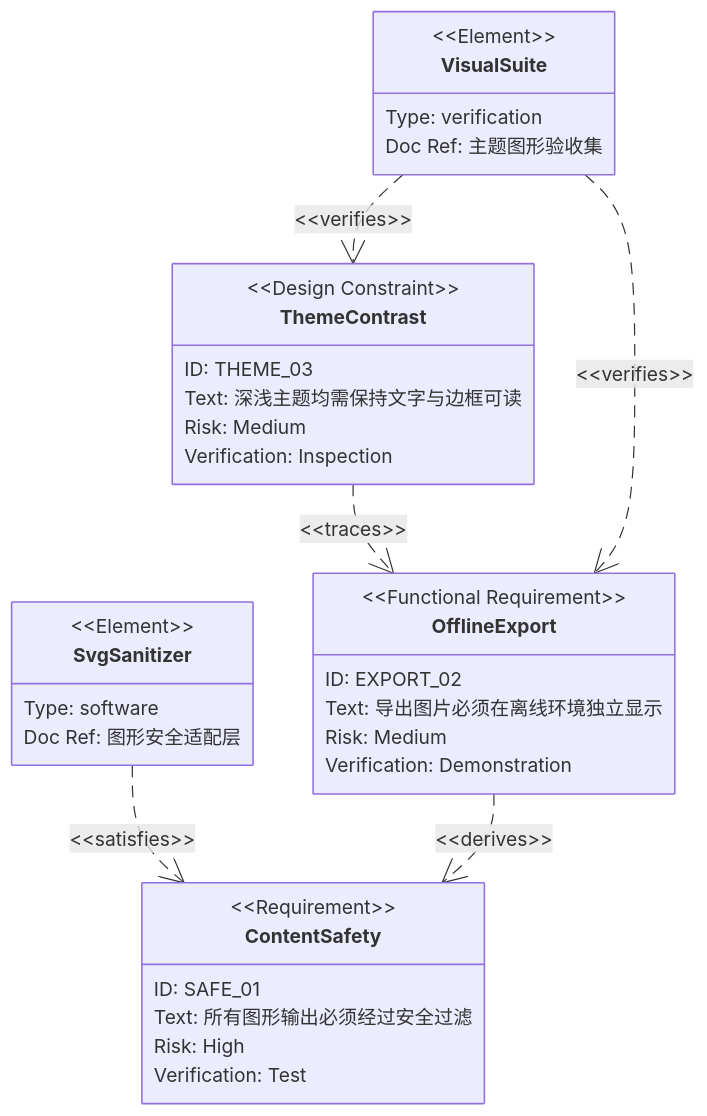
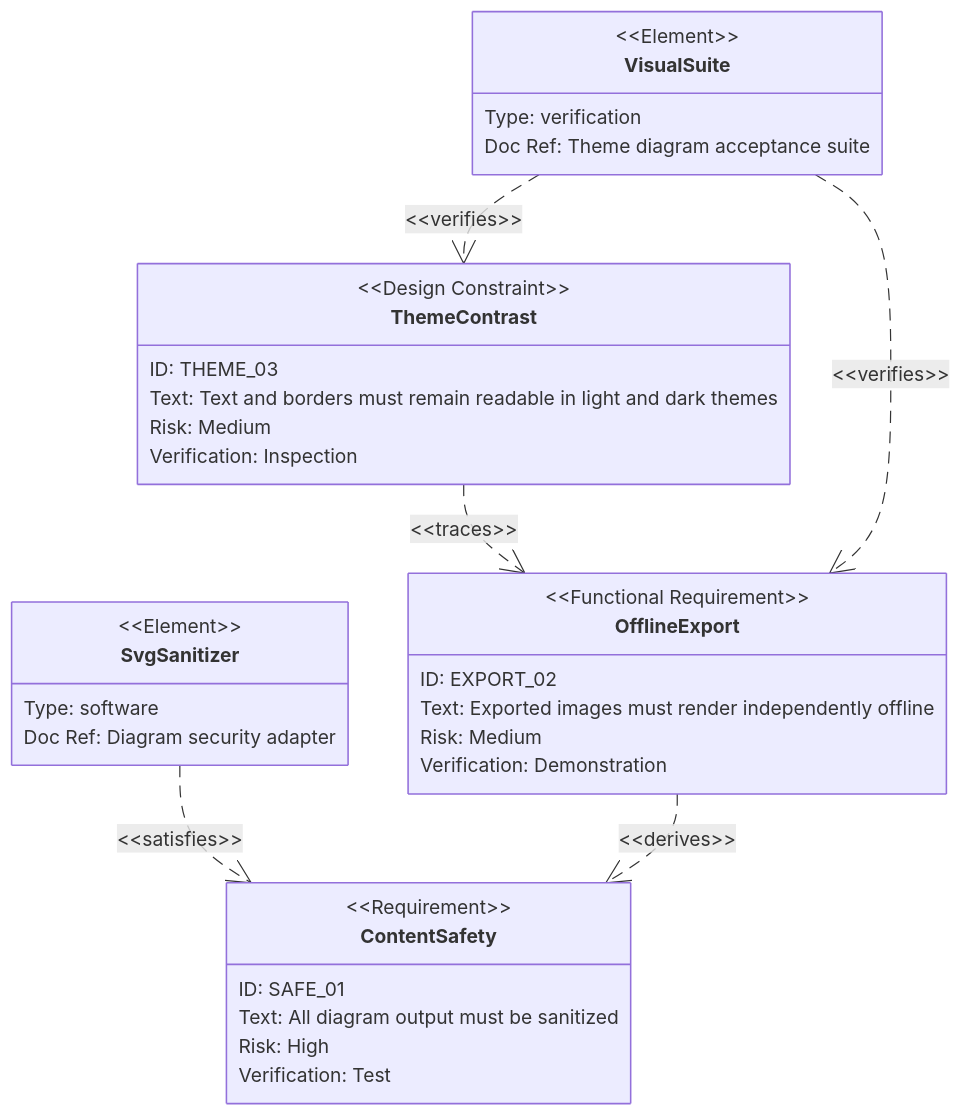
One commit to wizlijun/note.md changed diagram 19 of 50 in docs/examples/mermaid-pele-theme-gallery.md. Above: the diagram before and after it, drawn with Mermaid. The commit also changed other lines of this file, not shown here.

Commit message:
docs: make diagram gallery English and image focused

````diff
--- a/docs/examples/mermaid-pele-theme-gallery.md
+++ b/docs/examples/mermaid-pele-theme-gallery.md
@@ -1051,34 +728,34 @@
 ```mermaid
 requirementDiagram
   requirement ContentSafety {
     id: SAFE_01
-    text: "所有图形输出必须经过安全过滤"
+    text: "All diagram output must be sanitized"
     risk: high
     verifymethod: test
   }
   functionalRequirement OfflineExport {
     id: EXPORT_02
-    text: "导出图片必须在离线环境独立显示"
+    text: "Exported images must render independently offline"
     risk: medium
     verifymethod: demonstration
   }
   designConstraint ThemeContrast {
     id: THEME_03
-    text: "深浅主题均需保持文字与边框可读"
+    text: "Text and borders must remain readable in light and dark themes"
     risk: medium
     verifymethod: inspection
   }
   element SvgSanitizer {
     type: software
-    docref: "图形安全适配层"
+    docref: "Diagram security adapter"
   }
   element VisualSuite {
     type: verification
-    docref: "主题图形验收集"
+    docref: "Theme diagram acceptance suite"
   }
   SvgSanitizer - satisfies -> ContentSafety
   OfflineExport - derives -> ContentSafety
   ThemeContrast - traces -> OfflineExport
   VisualSuite - verifies -> ThemeContrast
   VisualSuite - verifies -> OfflineExport
 ```
````
